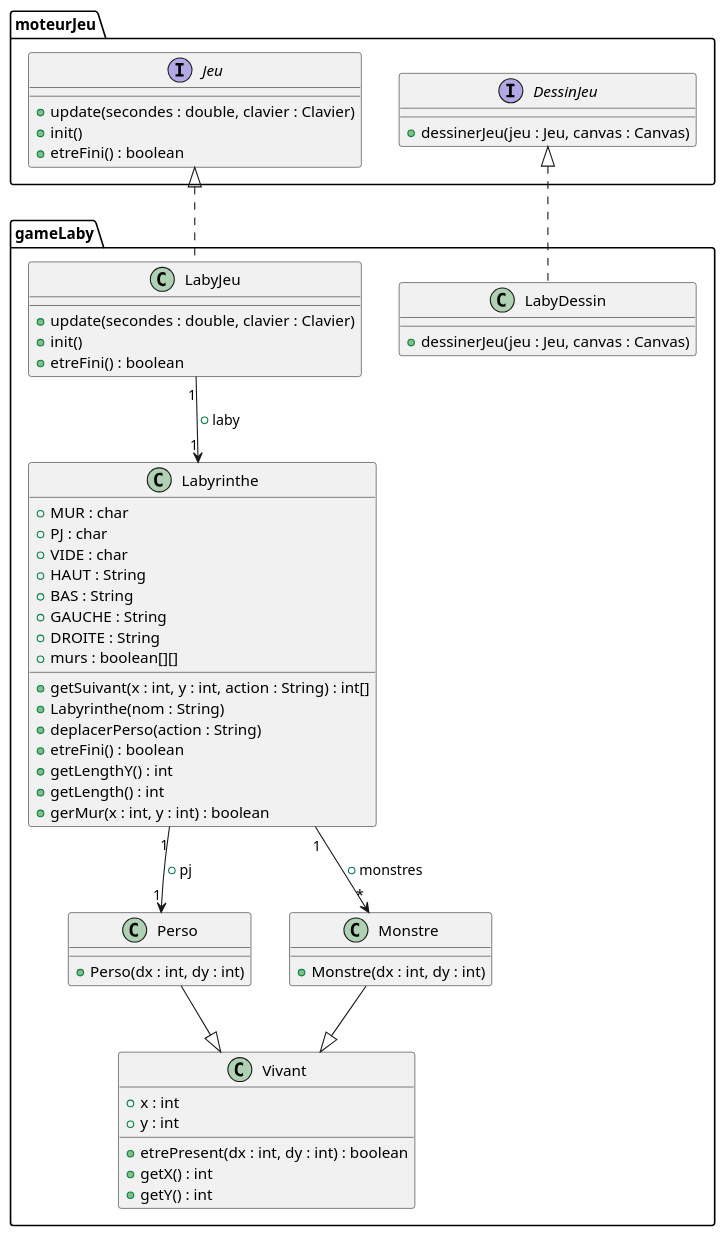
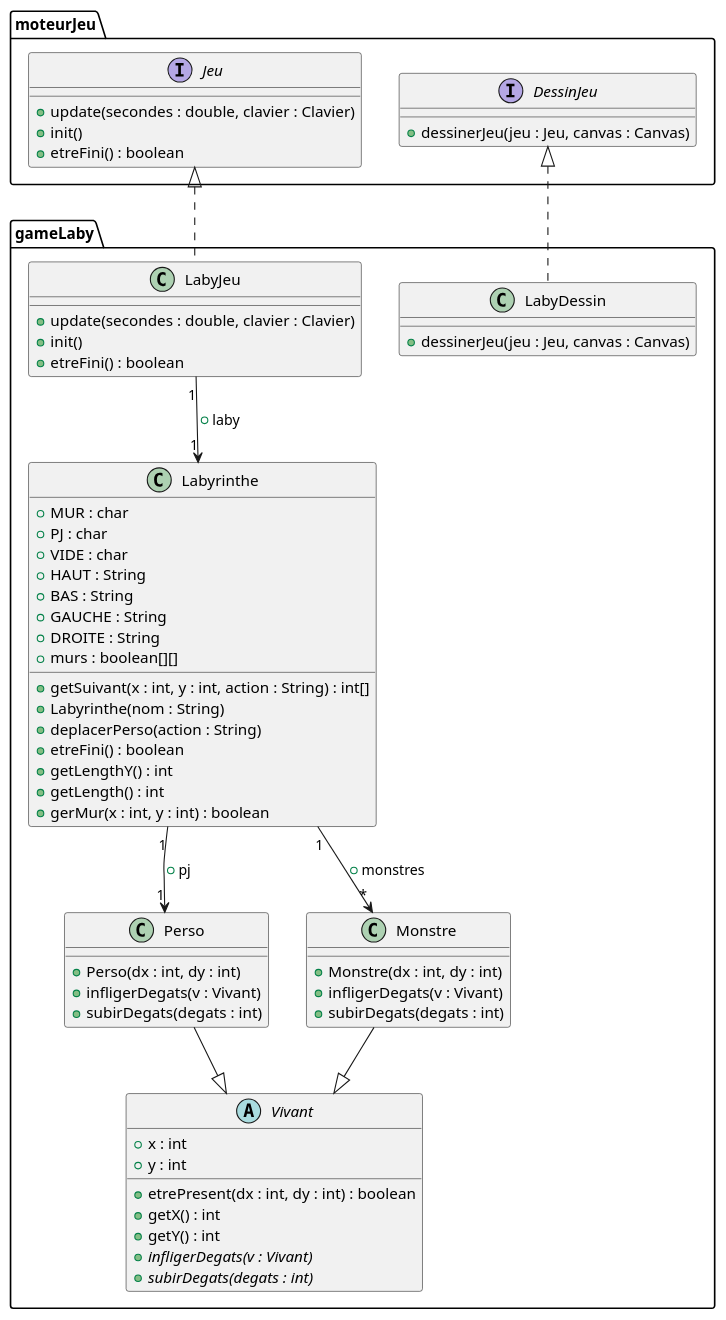
One commit to remi-choffat/2024_Zeldiablo_remi-choffat_Cesareuh_katrinltvnv changed the diagram in documents/version_2/diag_classe_initial_v2.puml. Above: the diagram before and after it, drawn with PlantUML. The commit also changed 1 other file, not shown here.

Commit message:
Modification du diagramme de classe v2

```diff
--- a/documents/version_2/diag_classe_initial_v2.puml
+++ b/documents/version_2/diag_classe_initial_v2.puml
@@ -1,68 +1,73 @@
 @startuml
 package moteurJeu {
 interface Jeu{
 +update(secondes : double, clavier : Clavier)
 +init()
 +etreFini() : boolean
 }
 
 interface DessinJeu{
 +dessinerJeu(jeu : Jeu, canvas : Canvas)
 }
 }
 
 package gameLaby {
 class Labyrinthe{
 +MUR : char
 +PJ : char
 +VIDE : char
 +HAUT : String
 +BAS : String
 +GAUCHE : String
 +DROITE : String
 +murs : boolean[][]
 +getSuivant(x : int, y : int, action : String) : int[]
 +Labyrinthe(nom : String)
 +deplacerPerso(action : String)
 +etreFini() : boolean
 +getLengthY() : int
 +getLength() : int
 +gerMur(x : int, y : int) : boolean
 }
 
 class Perso{
 +Perso(dx : int, dy : int)
++infligerDegats(v : Vivant)
++subirDegats(degats : int)
 }
-
 
 class LabyJeu{
 +update(secondes : double, clavier : Clavier)
 +init()
 +etreFini() : boolean
 }
 
 class LabyDessin{
 +dessinerJeu(jeu : Jeu, canvas : Canvas)
 }
 
 class Monstre{
 +Monstre(dx : int, dy : int)
++infligerDegats(v : Vivant)
++subirDegats(degats : int)
 }
 
-class Vivant{
+abstract class Vivant{
 +x : int
 +y : int
 +etrePresent(dx : int, dy : int) : boolean
 +getX() : int
 +getY() : int
++{abstract}infligerDegats(v : Vivant)
++{abstract}subirDegats(degats : int)
 }
 }
 
 Labyrinthe "1" --> "1" Perso : "+pj"
 Labyrinthe "1" --> "*" Monstre : "+monstres"
 Perso --|> Vivant
 Monstre --|> Vivant
 LabyJeu "1" --> "1" Labyrinthe : "+laby"
 Jeu <|.. LabyJeu
 DessinJeu <|.. LabyDessin
 @enduml
```
